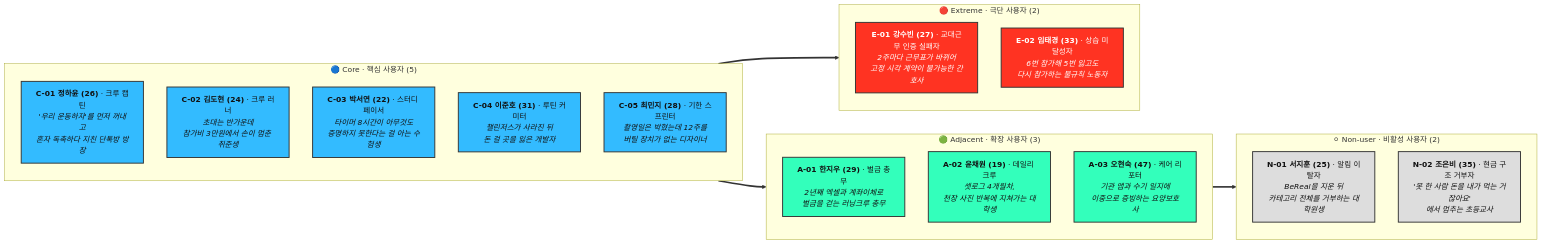
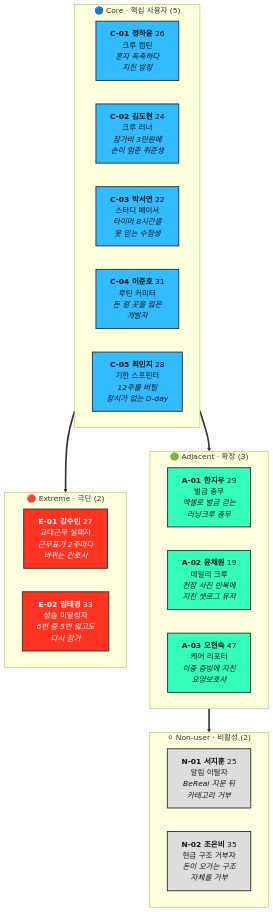
One commit to new-rim/business-research-practice-2026-sesac changed the second of 2 diagrams in 05-personas/persona-02-spectrum.md. Above: the diagram before and after it, drawn with Mermaid.

Commit message:
docs(05): 스펙트럼 배치 도식 가로 폭 축소
- 최상위 방향을 LR -> TB로 전환해 서브그래프를 세로로 적층
- 서브그래프 내부는 LR로 노드를 가로 배치
- 노드 라벨을 이름/유형명/묘사 3단으로 분리하고 줄당 길이 단축

````diff
--- a/05-personas/persona-02-spectrum.md
+++ b/05-personas/persona-02-spectrum.md
@@ -67,39 +67,39 @@
 ```mermaid
-graph LR
+graph TB
     subgraph CORE["🔵 Core · 핵심 사용자 (5)"]
-        direction TB
-        C1["<b>C-01 정하윤 (26)</b> · 크루 캡틴<br/><i>'우리 운동하자'를 먼저 꺼내고<br/>혼자 독촉하다 지친 단톡방 방장</i>"]:::core
-        C2["<b>C-02 김도현 (24)</b> · 크루 러너<br/><i>초대는 반가운데<br/>참가비 3만원에서 손이 멈춘 취준생</i>"]:::core
-        C3["<b>C-03 박서연 (22)</b> · 스터디 페이서<br/><i>타이머 8시간이 아무것도<br/>증명하지 못한다는 걸 아는 수험생</i>"]:::core
-        C4["<b>C-04 이준호 (31)</b> · 루틴 커미터<br/><i>챌린저스가 사라진 뒤<br/>돈 걸 곳을 잃은 개발자</i>"]:::core
-        C5["<b>C-05 최민지 (28)</b> · 기한 스프린터<br/><i>촬영일은 박혔는데 12주를<br/>버틸 장치가 없는 디자이너</i>"]:::core
+        direction LR
+        C1["<b>C-01 정하윤</b> 26<br/>크루 캡틴<br/><i>혼자 독촉하다<br/>지친 방장</i>"]:::core
+        C2["<b>C-02 김도현</b> 24<br/>크루 러너<br/><i>참가비 3만원에<br/>손이 멈춘 취준생</i>"]:::core
+        C3["<b>C-03 박서연</b> 22<br/>스터디 페이서<br/><i>타이머 8시간을<br/>못 믿는 수험생</i>"]:::core
+        C4["<b>C-04 이준호</b> 31<br/>루틴 커미터<br/><i>돈 걸 곳을 잃은<br/>개발자</i>"]:::core
+        C5["<b>C-05 최민지</b> 28<br/>기한 스프린터<br/><i>12주를 버틸<br/>장치가 없는 D-day</i>"]:::core
     end
 
-    subgraph ADJ["🟢 Adjacent · 확장 사용자 (3)"]
-        direction TB
-        A1["<b>A-01 한지우 (29)</b> · 벌금 총무<br/><i>2년째 엑셀과 계좌이체로<br/>벌금을 걷는 러닝크루 총무</i>"]:::adj
-        A2["<b>A-02 윤채원 (19)</b> · 데일리 크루<br/><i>셋로그 4개월차,<br/>천장 사진 반복에 지쳐가는 대학생</i>"]:::adj
-        A3["<b>A-03 오현숙 (47)</b> · 케어 리포터<br/><i>기관 앱과 수기 일지에<br/>이중으로 증빙하는 요양보호사</i>"]:::adj
+    subgraph ADJ["🟢 Adjacent · 확장 (3)"]
+        direction LR
+        A1["<b>A-01 한지우</b> 29<br/>벌금 총무<br/><i>엑셀로 벌금 걷는<br/>러닝크루 총무</i>"]:::adj
+        A2["<b>A-02 윤채원</b> 19<br/>데일리 크루<br/><i>천장 사진 반복에<br/>지친 셋로그 유저</i>"]:::adj
+        A3["<b>A-03 오현숙</b> 47<br/>케어 리포터<br/><i>이중 증빙에 지친<br/>요양보호사</i>"]:::adj
     end
 
-    subgraph EXT["🔴 Extreme · 극단 사용자 (2)"]
-        direction TB
-        E1["<b>E-01 강수빈 (27)</b> · 교대근무 인증 실패자<br/><i>2주마다 근무표가 바뀌어<br/>고정 시각 계약이 불가능한 간호사</i>"]:::ext
-        E2["<b>E-02 임태경 (33)</b> · 상습 미달성자<br/><i>6번 참가해 5번 잃고도<br/>다시 참가하는 불규칙 노동자</i>"]:::ext
+    subgraph EXT["🔴 Extreme · 극단 (2)"]
+        direction LR
+        E1["<b>E-01 강수빈</b> 27<br/>교대근무 실패자<br/><i>근무표가 2주마다<br/>바뀌는 간호사</i>"]:::ext
+        E2["<b>E-02 임태경</b> 33<br/>상습 미달성자<br/><i>6번 중 5번 잃고도<br/>다시 참가</i>"]:::ext
     end
 
-    subgraph NON["⚪ Non-user · 비활성 사용자 (2)"]
-        direction TB
-        N1["<b>N-01 서지훈 (25)</b> · 알림 이탈자<br/><i>BeReal을 지운 뒤<br/>카테고리 전체를 거부하는 대학원생</i>"]:::non
-        N2["<b>N-02 조은비 (35)</b> · 현금 구조 거부자<br/><i>'못 한 사람 돈을 내가 먹는 거잖아요'<br/>에서 멈추는 초등교사</i>"]:::non
+    subgraph NON["⚪ Non-user · 비활성 (2)"]
+        direction LR
+        N1["<b>N-01 서지훈</b> 25<br/>알림 이탈자<br/><i>BeReal 지운 뒤<br/>카테고리 거부</i>"]:::non
+        N2["<b>N-02 조은비</b> 35<br/>현금 구조 거부자<br/><i>돈이 오가는 구조<br/>자체를 거부</i>"]:::non
     end
 
     CORE ==> ADJ
     CORE ==> EXT
     ADJ ==> NON
 
     classDef core fill:#33BBFF,stroke:#333,stroke-width:2px,color:#111;
     classDef adj fill:#33FFBB,stroke:#333,stroke-width:2px,color:#111;
     classDef ext fill:#FF3322,stroke:#333,stroke-width:2px,color:#fff;
     classDef non fill:#DDDDDD,stroke:#333,stroke-width:2px,color:#111;
 ```
````
